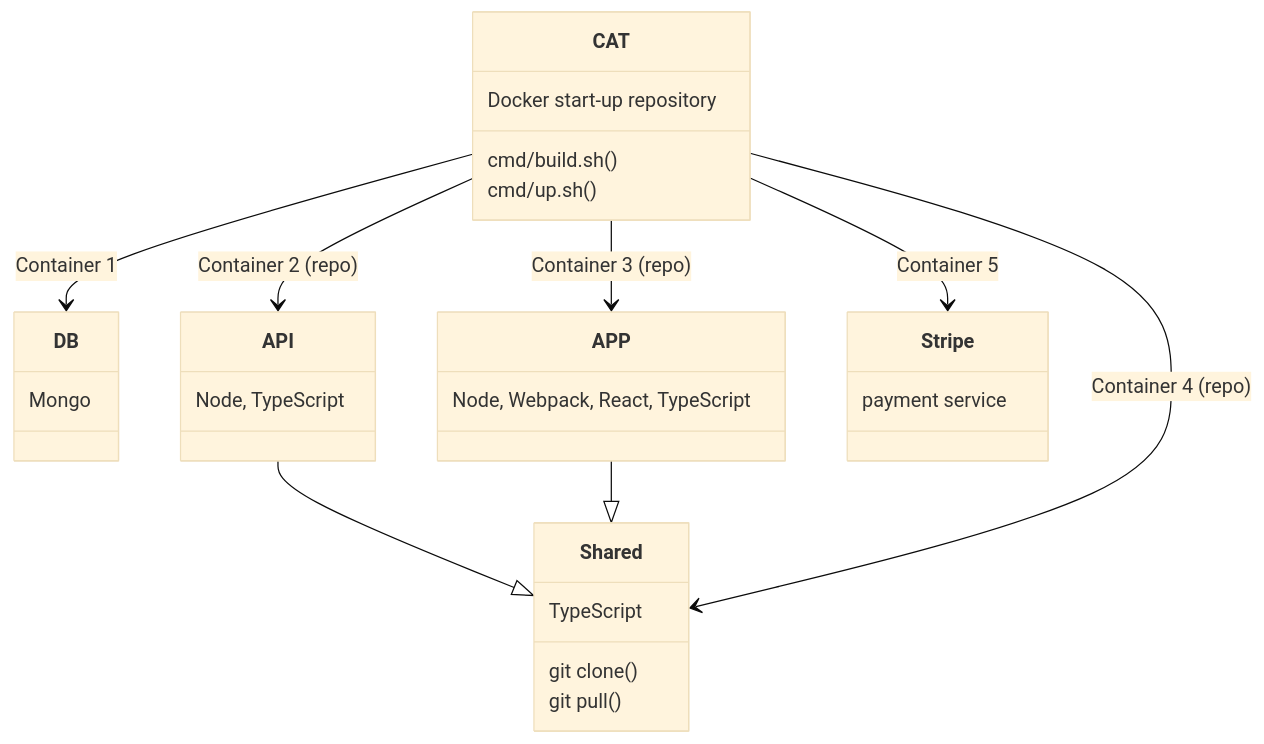
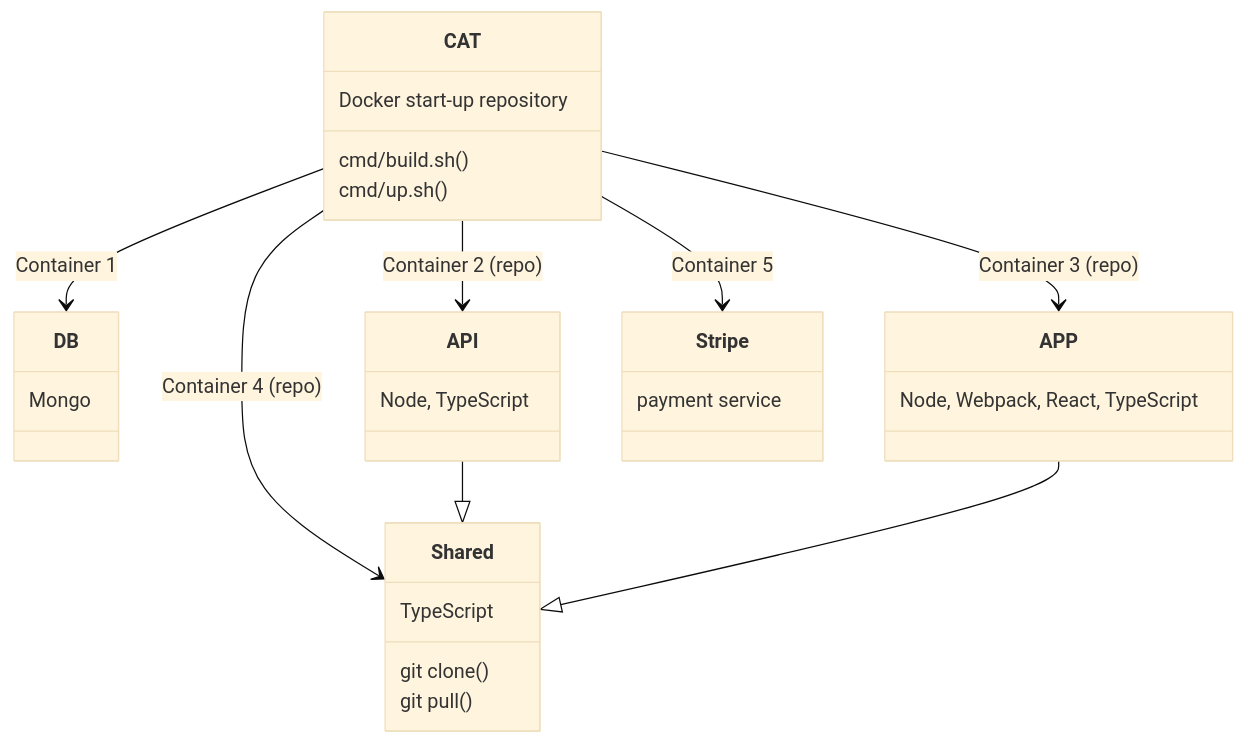
One commit to Karmello/cat-start changed the diagram in README.md. Above: the diagram before and after it, drawn with Mermaid (base theme). The commit also changed other lines of this file, not shown here.

````diff
--- a/README.md
+++ b/README.md
@@ -8,20 +8,20 @@
 ```mermaid
 classDiagram
 CAT : Docker start-up repository
 CAT: cmd/build.sh()
 CAT: cmd/up.sh()
 DB: Mongo
 API: Node, TypeScript
 APP: Node, Webpack, React, TypeScript
 Shared: TypeScript
 Shared: git clone()
 Shared: git pull()
 Stripe: payment service
-API --|> Shared
-APP --|> Shared
 CAT --> DB : Container 1
 CAT --> API : Container 2 (repo)
 CAT --> APP : Container 3 (repo)
 CAT --> Shared : Container 4 (repo)
+API --|> Shared
+APP --|> Shared
 CAT --> Stripe : Container 5
 ```
````
